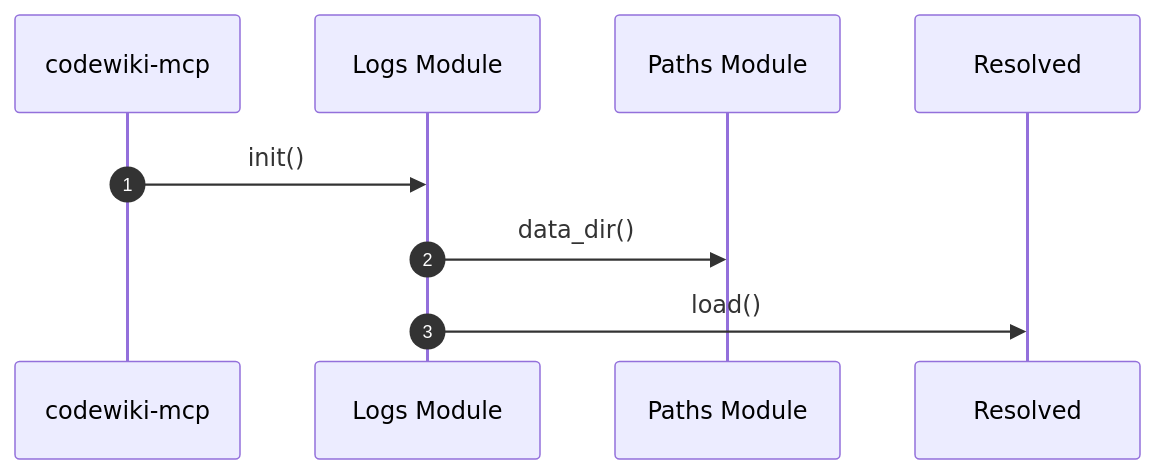
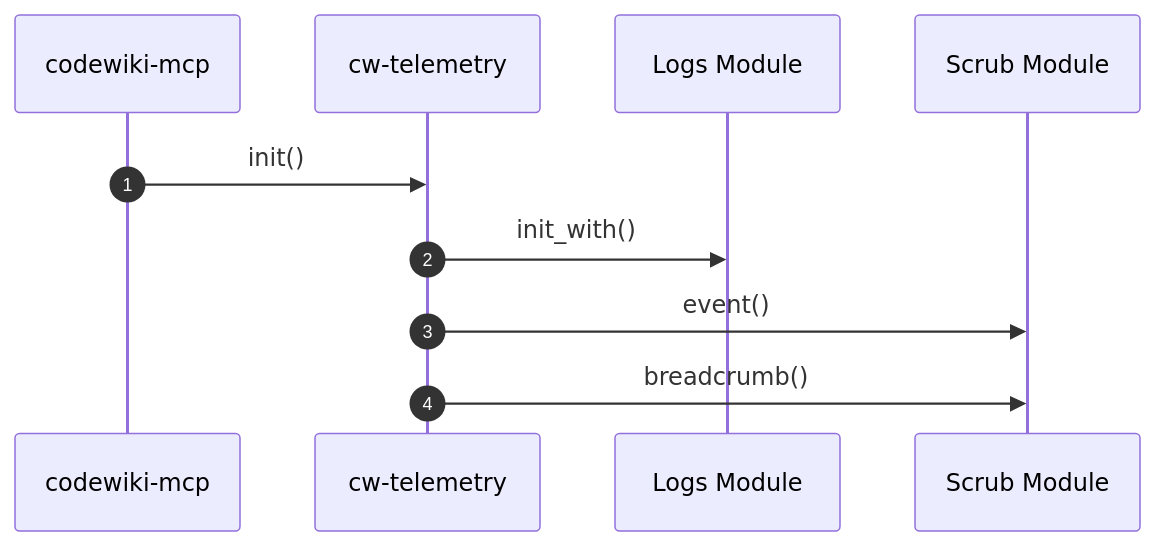
The diagram in obsidian/00-Architecture/codewiki-mcp Startup Flow.md (Fly-onlyone/CodeWiki), drawn with Mermaid before and after one commit. The commit also changed other lines of this file and 515 other files, not shown here.

````diff
--- a/obsidian/00-Architecture/codewiki-mcp Startup Flow.md
+++ b/obsidian/00-Architecture/codewiki-mcp Startup Flow.md
@@ -15,11 +15,12 @@
 ```mermaid
 sequenceDiagram
     autonumber
     participant p0 as codewiki-mcp
-    participant p1 as Logs Module
-    participant p2 as Paths Module
-    participant p3 as Resolved
+    participant p1 as cw-telemetry
+    participant p2 as Logs Module
+    participant p3 as Scrub Module
     p0->>p1: init()
-    p1->>p2: data_dir()
-    p1->>p3: load()
+    p1->>p2: init_with()
+    p1->>p3: event()
+    p1->>p3: breadcrumb()
 ```
````
